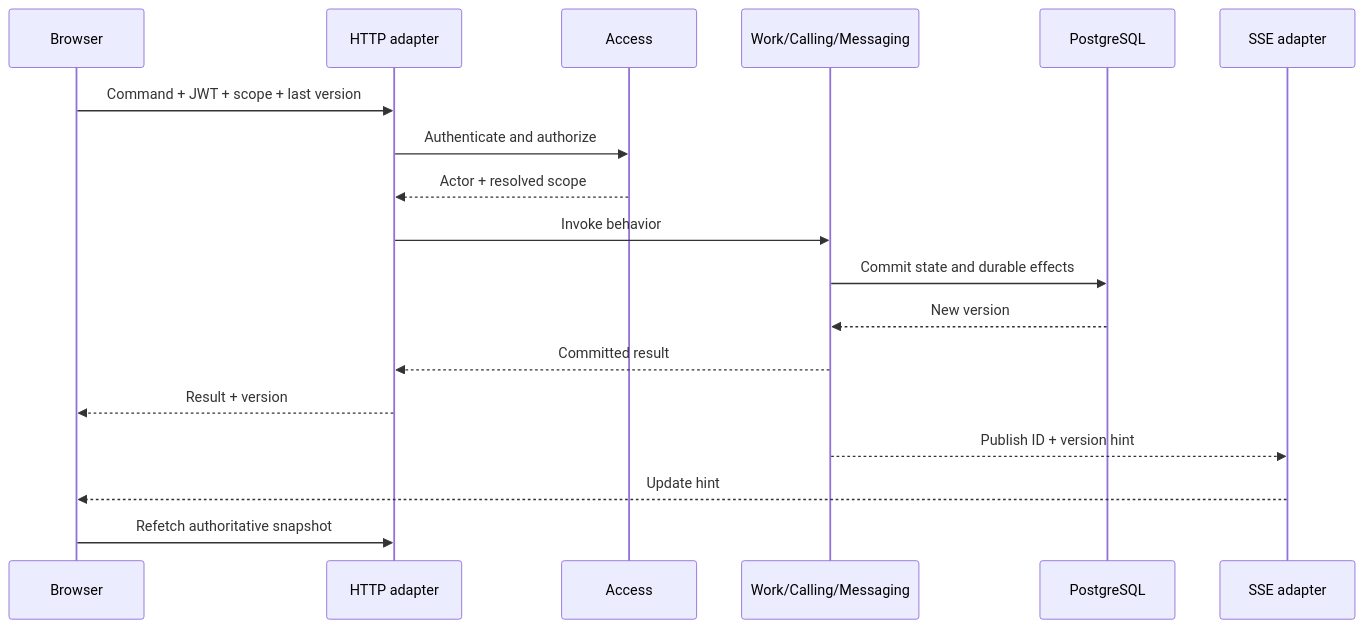
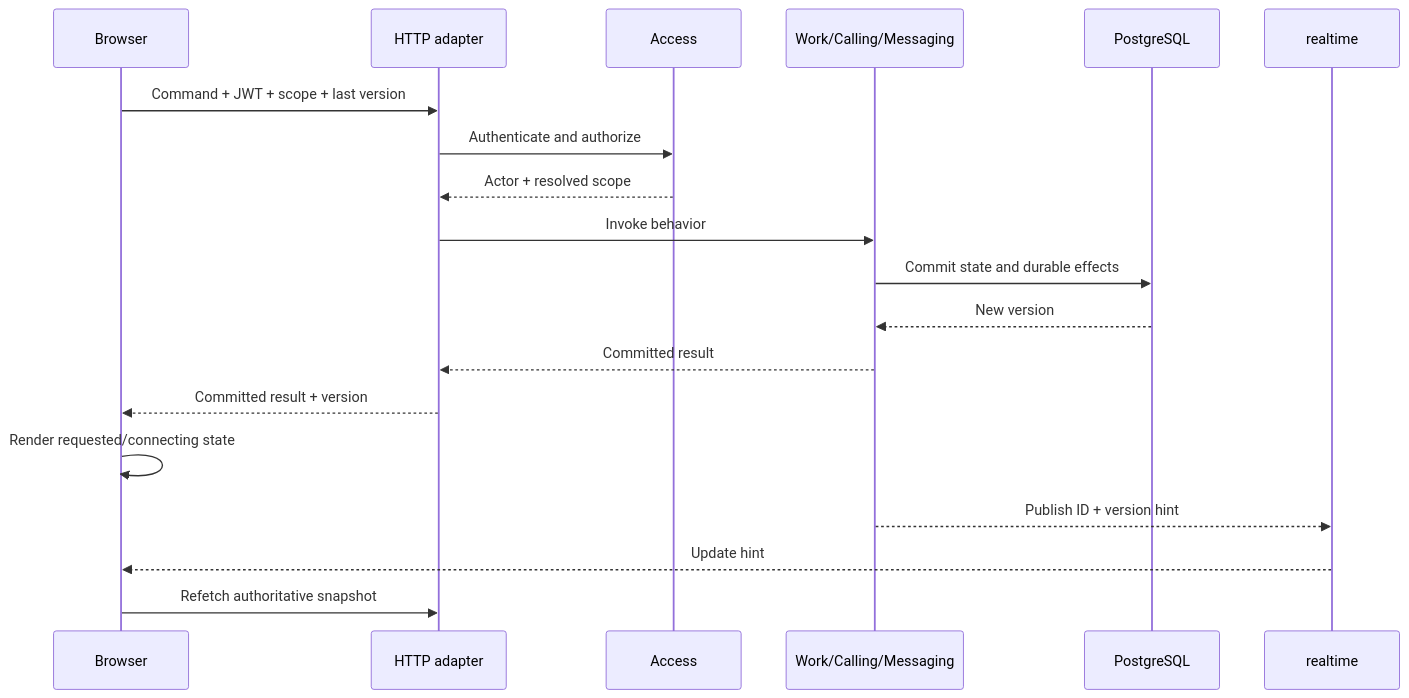
Before and after one commit to chasef07/acuity_product: the fourth of 7 diagrams in docs/architecture/overview.md, drawn with Mermaid. The commit also changed other lines of this file and 2 other files, not shown here.

Commit message:
docs: harden production architecture

````diff
--- a/docs/architecture/overview.md
+++ b/docs/architecture/overview.md
@@ -162,21 +216,22 @@
 ```mermaid
 sequenceDiagram
     participant Browser
     participant HTTP as HTTP adapter
     participant Access
     participant Module as Work/Calling/Messaging
     participant DB as PostgreSQL
-    participant SSE as SSE adapter
+    participant Realtime as realtime
 
     Browser->>HTTP: Command + JWT + scope + last version
     HTTP->>Access: Authenticate and authorize
     Access-->>HTTP: Actor + resolved scope
     HTTP->>Module: Invoke behavior
     Module->>DB: Commit state and durable effects
     DB-->>Module: New version
     Module-->>HTTP: Committed result
-    HTTP-->>Browser: Result + version
-    Module-->>SSE: Publish ID + version hint
-    SSE-->>Browser: Update hint
+    HTTP-->>Browser: Committed result + version
+    Browser->>Browser: Render requested/connecting state
+    Module-->>Realtime: Publish ID + version hint
+    Realtime-->>Browser: Update hint
     Browser->>HTTP: Refetch authoritative snapshot
 ```
````
